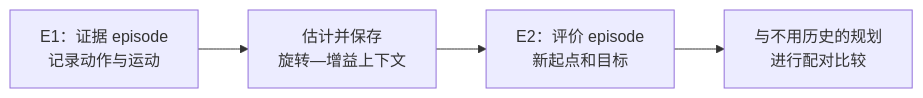
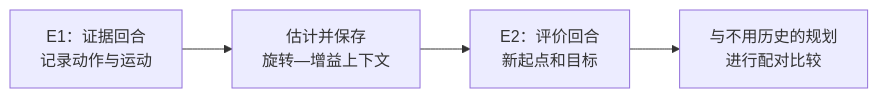
One commit to mengxiang1m/adajepa-persistent-context-v2 changed the diagram in 任务说明/Persistent_Context_V2_方案汇报_算法流程与实验细节_2026-08-24.md. Above: the diagram before and after it, drawn with Mermaid. The commit also changed other lines of this file, not shown here.

````diff
--- a/任务说明/Persistent_Context_V2_方案汇报_算法流程与实验细节_2026-08-24.md
+++ b/任务说明/Persistent_Context_V2_方案汇报_算法流程与实验细节_2026-08-24.md
@@ -28,6 +24,6 @@
 ```mermaid
 flowchart LR
-    A["E1：证据 episode<br/>记录动作与运动"] --> B["估计并保存<br/>旋转—增益上下文"]
-    B --> C["E2：评价 episode<br/>新起点和目标"]
+    A["E1：证据回合<br/>记录动作与运动"] --> B["估计并保存<br/>旋转—增益上下文"]
+    B --> C["E2：评价回合<br/>新起点和目标"]
     C --> D["与不用历史的规划<br/>进行配对比较"]
 ```
````
